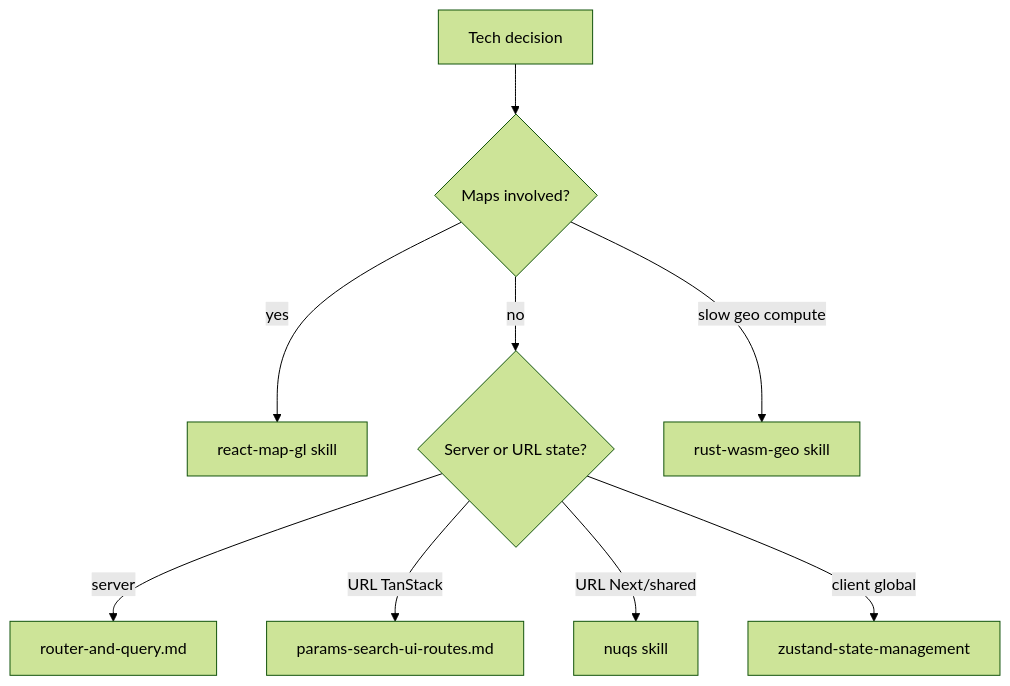
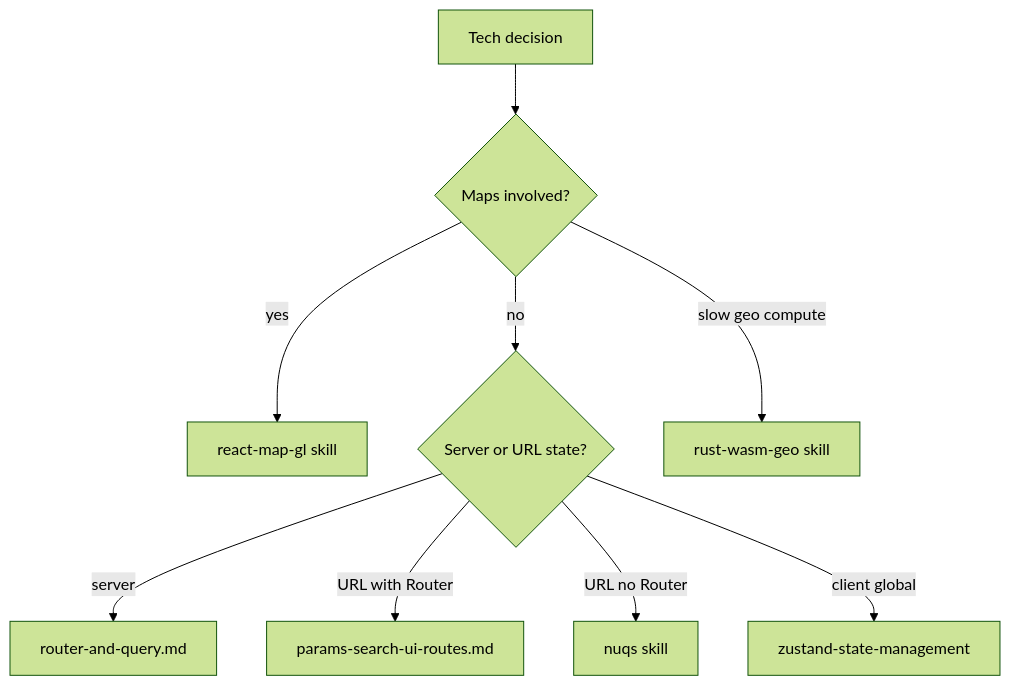
One commit to FixMyBerlin/fixmyskills changed the diagram in skills/tech-stack/SKILL.md. Above: the diagram before and after it, drawn with Mermaid (forest theme). The commit also changed other lines of this file and 5 other files, not shown here.

Commit message:
nuqs, tech-stack, react-dev, zustand: drop Next.js; nuqs only for Vite apps without TanStack Router; forms use TanStack Form

````diff
--- a/skills/tech-stack/SKILL.md
+++ b/skills/tech-stack/SKILL.md
@@ -186,11 +186,11 @@
 ```mermaid
 flowchart TD
   start[Tech decision] --> maps{Maps involved?}
   maps -->|yes| reactMapGl[react-map-gl skill]
   maps -->|no| data{Server or URL state?}
   data -->|server| tanstackQuery[router-and-query.md]
-  data -->|URL TanStack| validateSearch[params-search-ui-routes.md]
-  data -->|URL Next/shared| nuqsSkill[nuqs skill]
+  data -->|URL with Router| validateSearch[params-search-ui-routes.md]
+  data -->|URL no Router| nuqsSkill[nuqs skill]
   data -->|client global| zustandSkill[zustand-state-management]
   maps -->|slow geo compute| rustWasm[rust-wasm-geo skill]
 ```
````
